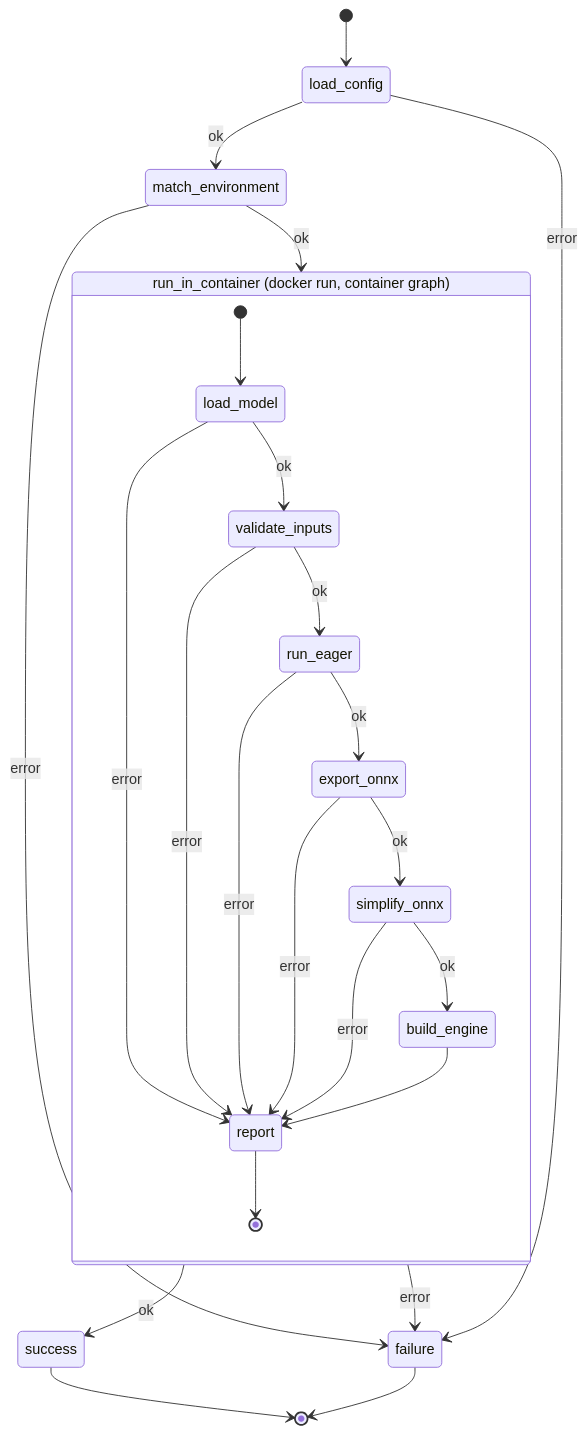
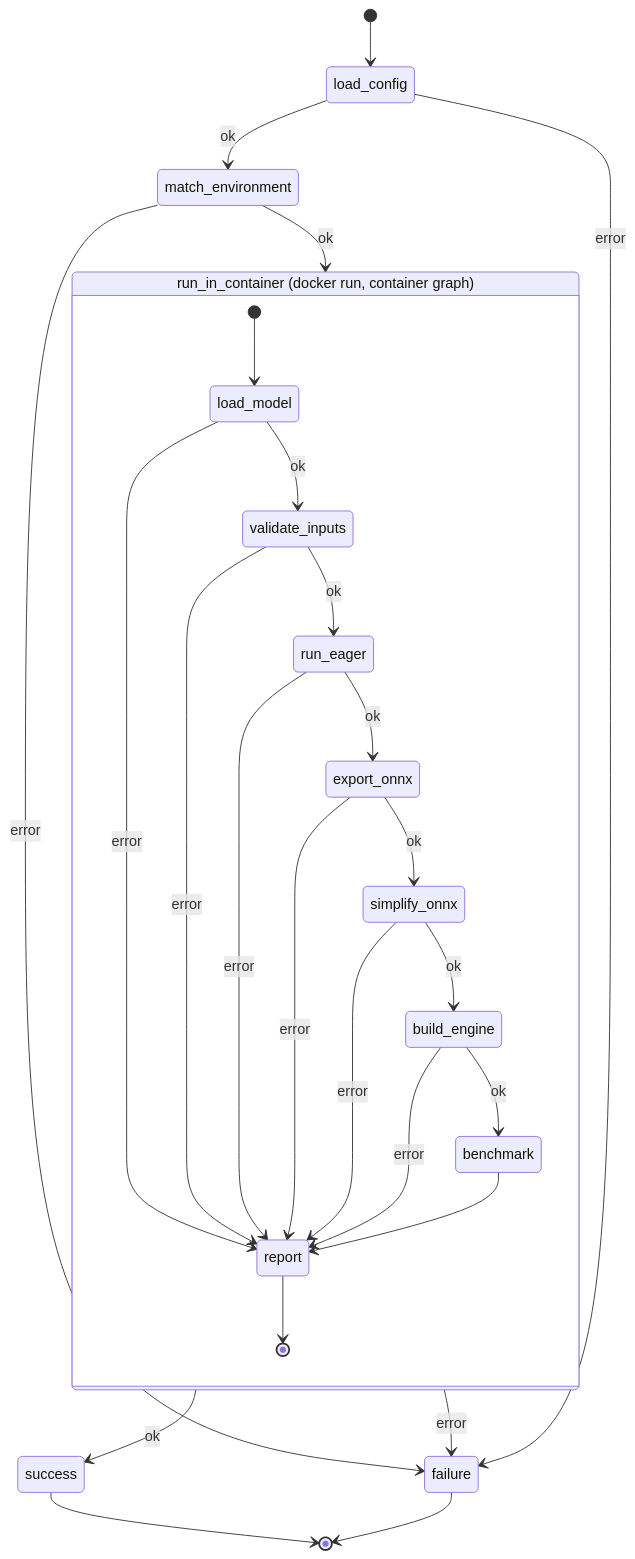
The diagram in architecture.md (reza-rahimi-yasp/kronos-edge-v2), drawn with Mermaid before and after one commit. The commit also changed other lines of this file and 20 other files, not shown here.

````diff
--- a/architecture.md
+++ b/architecture.md
@@ -11,28 +11,30 @@
 ```mermaid
 stateDiagram-v2
     [*] --> load_config
     load_config --> match_environment : ok
     load_config --> failure : error
     match_environment --> run_in_container : ok
     match_environment --> failure : error
     run_in_container --> success : ok
     run_in_container --> failure : error
     success --> [*]
     failure --> [*]
 
     state "run_in_container (docker run, container graph)" as run_in_container {
         [*] --> load_model
         load_model --> validate_inputs : ok
         load_model --> report : error
         validate_inputs --> run_eager : ok
         validate_inputs --> report : error
         run_eager --> export_onnx : ok
         run_eager --> report : error
         export_onnx --> simplify_onnx : ok
         export_onnx --> report : error
         simplify_onnx --> build_engine : ok
         simplify_onnx --> report : error
-        build_engine --> report
+        build_engine --> benchmark : ok
+        build_engine --> report : error
+        benchmark --> report
         report --> [*]
     }
 ```
````
